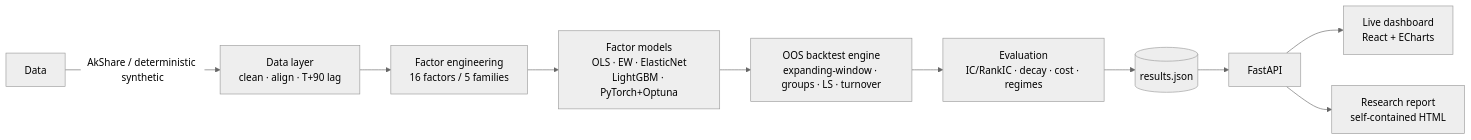
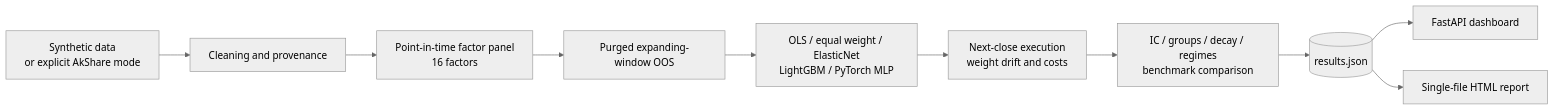
One commit to dev-belly/ashare-multifactor-research changed the diagram in README.md. Above: the diagram before and after it, drawn with Mermaid (neutral theme). The commit also changed other lines of this file and 62 other files, not shown here.

Commit message:
fix: harden OOS research pipeline and report

````diff
--- a/README.md
+++ b/README.md
@@ -63,12 +45,12 @@
 ```mermaid
 flowchart LR
-    A[Data] -->|AkShare / deterministic synthetic| B[Data layer<br/>clean · align · T+90 lag]
-    B --> C[Factor engineering<br/>16 factors / 5 families]
-    C --> D[Factor models<br/>OLS · EW · ElasticNet<br/>LightGBM · PyTorch+Optuna]
-    D --> E[OOS backtest engine<br/>expanding-window · groups · LS · turnover]
-    E --> F[Evaluation<br/>IC/RankIC · decay · cost · regimes]
-    F --> G[(results.json)]
-    G --> H[FastAPI]
-    H --> I[Live dashboard<br/>React + ECharts]
-    H --> J[Research report<br/>self-contained HTML]
+    A[Synthetic data<br/>or explicit AkShare mode] --> B[Cleaning and provenance]
+    B --> C[Point-in-time factor panel<br/>16 factors]
+    C --> D[Purged expanding-window OOS]
+    D --> E[OLS / equal weight / ElasticNet<br/>LightGBM / PyTorch MLP]
+    E --> F[Next-close execution<br/>weight drift and costs]
+    F --> G[IC / groups / decay / regimes<br/>benchmark comparison]
+    G --> H[(results.json)]
+    H --> I[FastAPI dashboard]
+    H --> J[Single-file HTML report]
 ```
````
